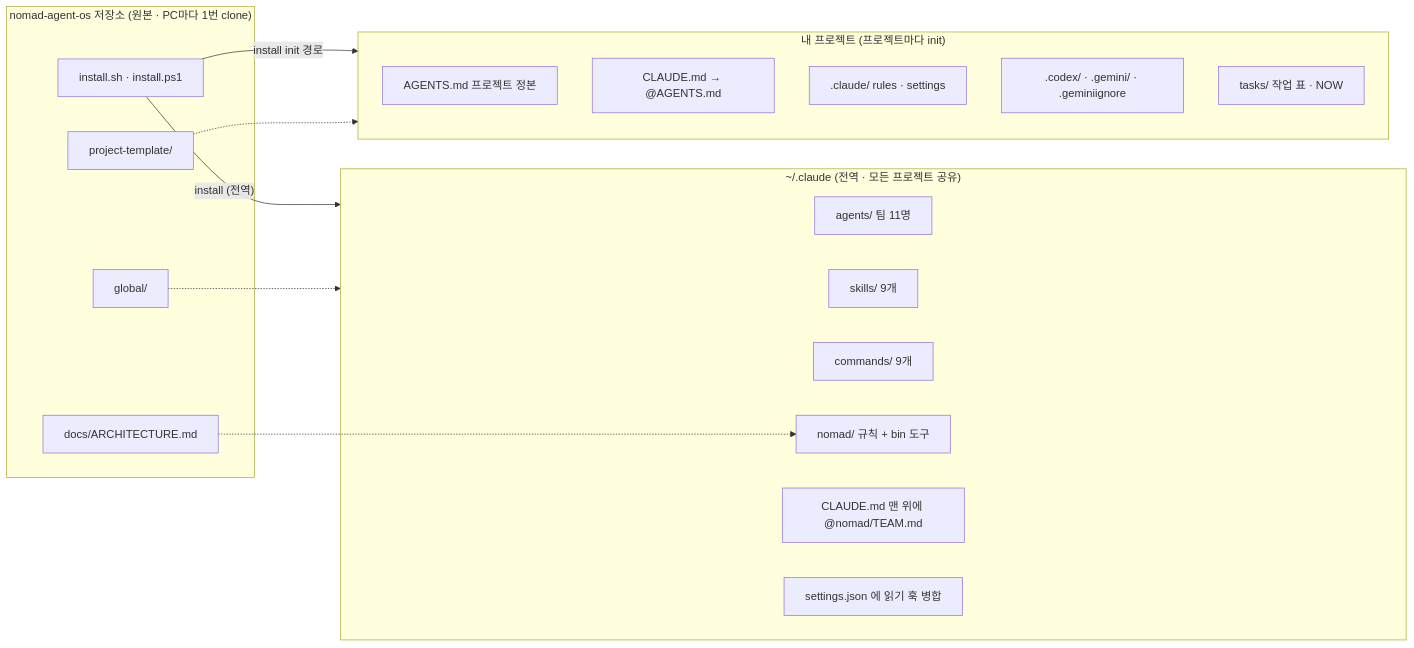
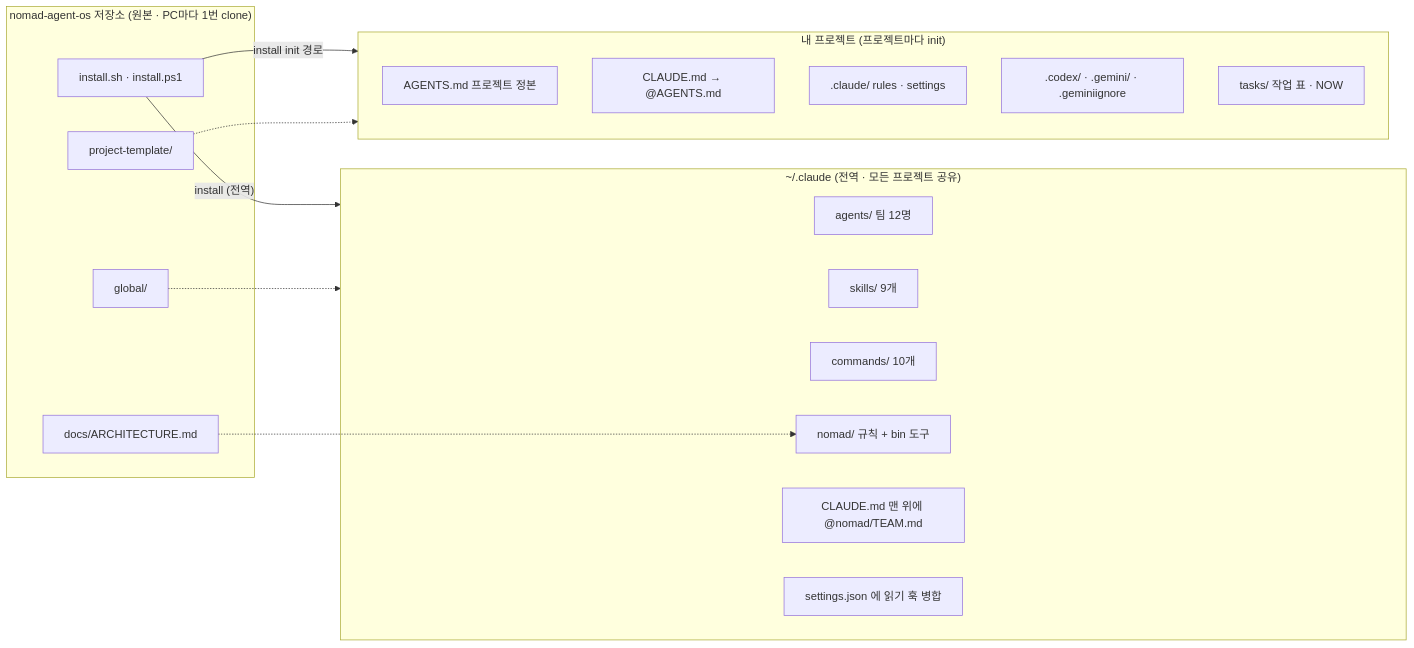
One commit to DevOps0906/nomad-agent-os changed the second of 3 diagrams in docs/REFERENCE.md. Above: the diagram before and after it, drawn with Mermaid. The commit also changed 7 other files, not shown here.

````diff
--- a/docs/REFERENCE.md
+++ b/docs/REFERENCE.md
@@ -105,29 +105,29 @@
 ```mermaid
 flowchart LR
   subgraph REPO["nomad-agent-os 저장소 (원본 · PC마다 1번 clone)"]
     INST["install.sh · install.ps1"]
     G["global/"]
     PT["project-template/"]
     DOC["docs/ARCHITECTURE.md"]
   end
   subgraph HOME["~/.claude (전역 · 모든 프로젝트 공유)"]
-    HA["agents/ 팀 11명"]
+    HA["agents/ 팀 12명"]
     HS["skills/ 9개"]
-    HC["commands/ 9개"]
+    HC["commands/ 10개"]
     HN["nomad/ 규칙 + bin 도구"]
     HM["CLAUDE.md 맨 위에 @nomad/TEAM.md"]
     HJ["settings.json 에 읽기 훅 병합"]
   end
   subgraph PROJ["내 프로젝트 (프로젝트마다 init)"]
     PA["AGENTS.md 프로젝트 정본"]
     PC["CLAUDE.md → @AGENTS.md"]
     PR[".claude/ rules · settings"]
     PX[".codex/ · .gemini/ · .geminiignore"]
     PK["tasks/ 작업 표 · NOW"]
   end
   INST -- "install (전역)" --> HOME
   G -.-> HOME
   DOC -.-> HN
   INST -- "install init 경로" --> PROJ
   PT -.-> PROJ
 ```
````
